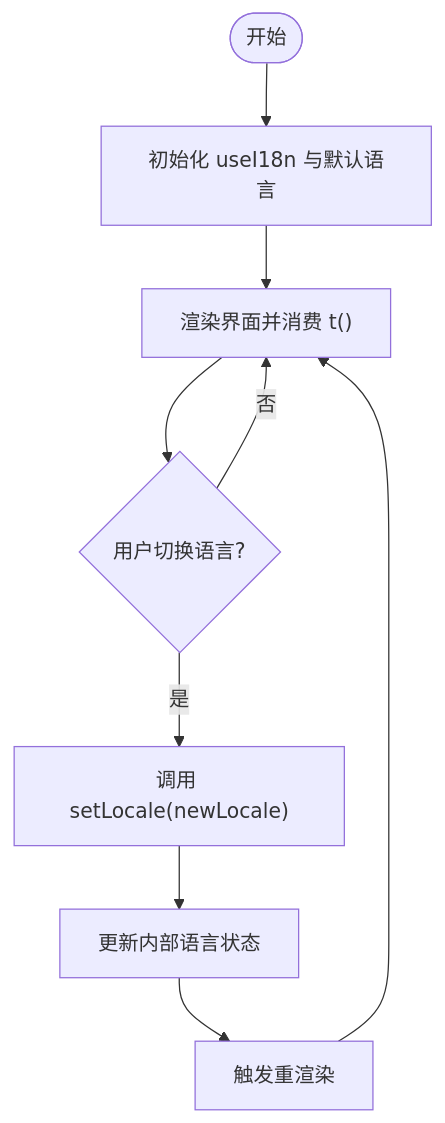
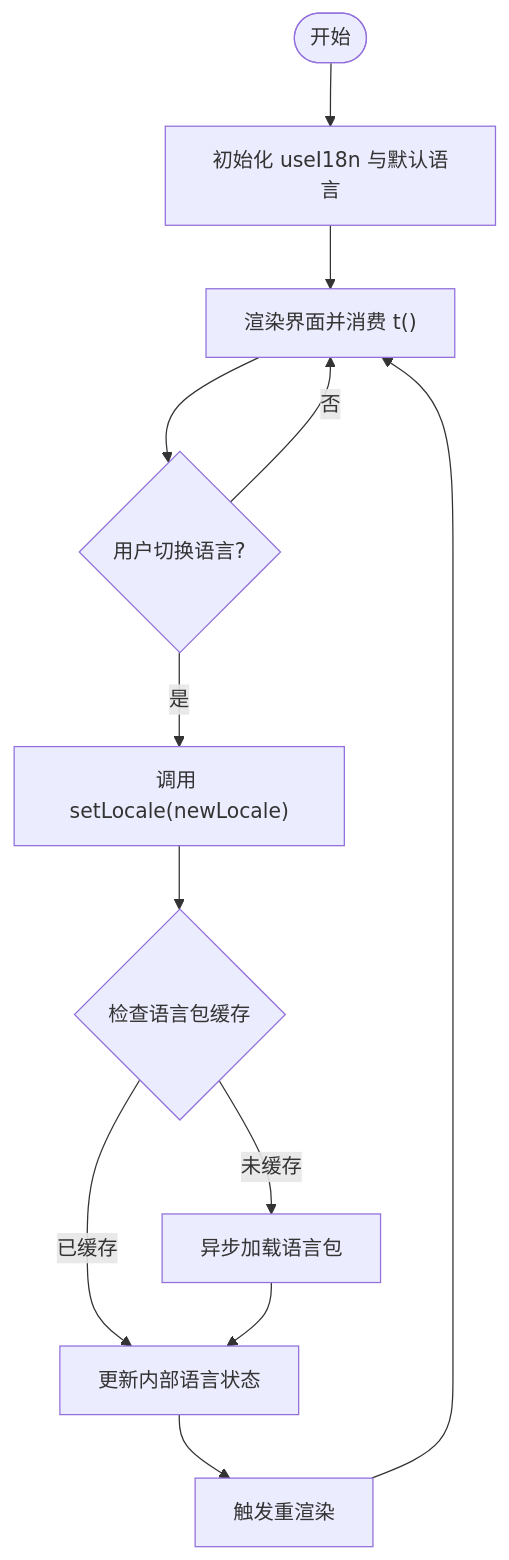
The third of 5 diagrams in .qoder/repowiki/zh/content/自定义与扩展/国际化支持.md (ja-plus/stk-table-react), drawn with Mermaid before and after one commit. The commit also changed other lines of this file and 7 other files, not shown here.

````diff
--- a/.qoder/repowiki/zh/content/自定义与扩展/国际化支持.md
+++ b/.qoder/repowiki/zh/content/自定义与扩展/国际化支持.md
@@ -158,11 +169,14 @@
 ```mermaid
 flowchart TD
 Start(["开始"]) --> Init["初始化 useI18n 与默认语言"]
 Init --> Render["渲染界面并消费 t()"]
 Render --> UserAction{"用户切换语言?"}
 UserAction --> |否| Render
 UserAction --> |是| SetLocale["调用 setLocale(newLocale)"]
-SetLocale --> UpdateState["更新内部语言状态"]
+SetLocale --> CheckCache{"检查语言包缓存"}
+CheckCache --> |已缓存| UpdateState["更新内部语言状态"]
+CheckCache --> |未缓存| LoadLang["异步加载语言包"]
+LoadLang --> UpdateState
 UpdateState --> ReRender["触发重渲染"]
 ReRender --> Render
 ```
````
